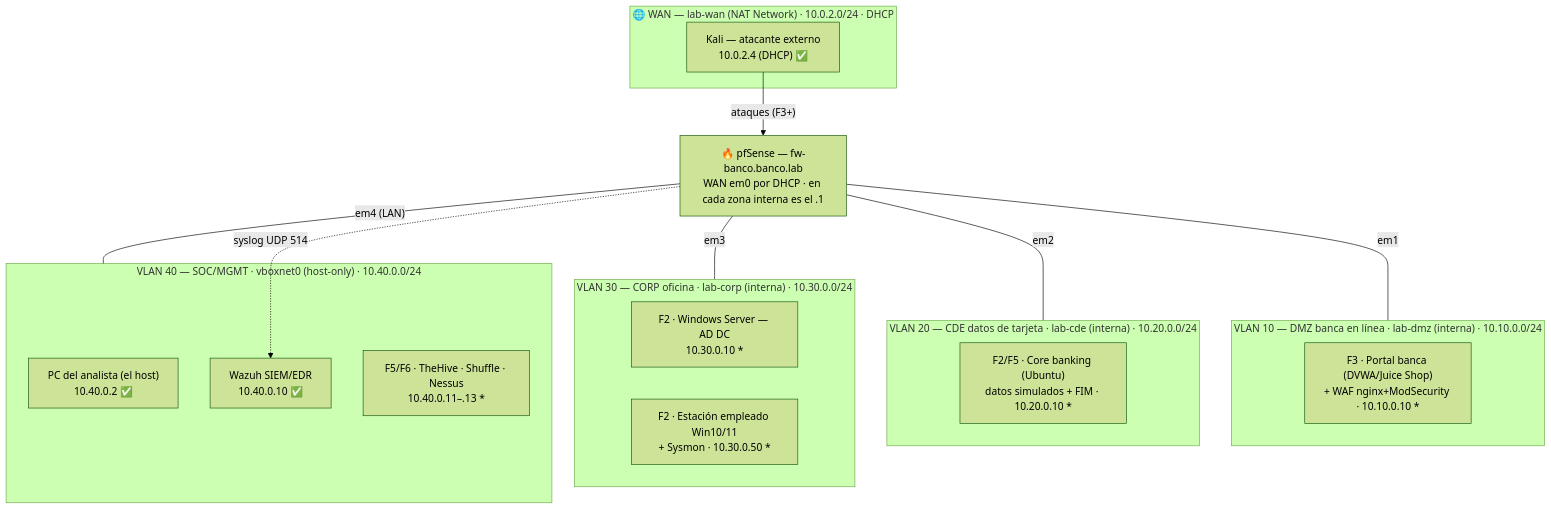
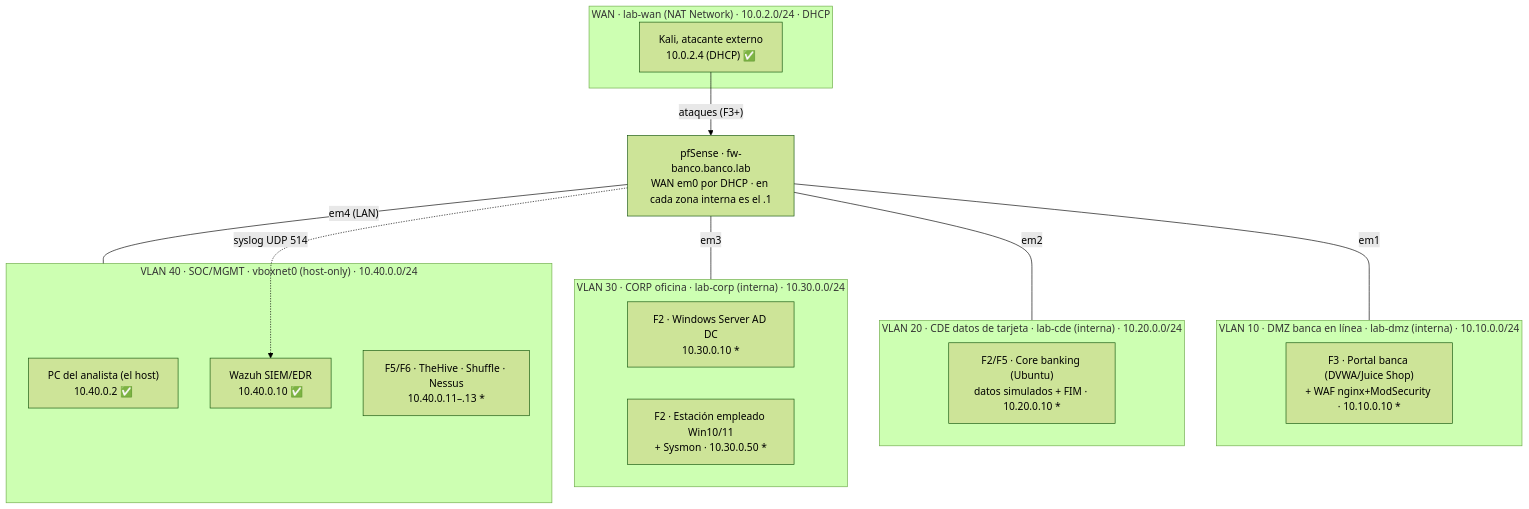
One commit to danielATD/banking-soc-lab changed the diagram in docs/00-mapa-red.md. Above: the diagram before and after it, drawn with Mermaid (forest theme). The commit also changed other lines of this file and 9 other files, not shown here.

````diff
--- a/docs/00-mapa-red.md
+++ b/docs/00-mapa-red.md
@@ -8,34 +8,34 @@
 ```mermaid
 flowchart TB
-    subgraph WAN["🌐 WAN — lab-wan (NAT Network) · 10.0.2.0/24 · DHCP"]
-        KALI["Kali — atacante externo<br/>10.0.2.4 (DHCP) ✅"]
+    subgraph WAN["WAN · lab-wan (NAT Network) · 10.0.2.0/24 · DHCP"]
+        KALI["Kali, atacante externo<br/>10.0.2.4 (DHCP) ✅"]
     end
 
-    PF["🔥 pfSense — fw-banco.banco.lab<br/>WAN em0 por DHCP · en cada zona interna es el .1"]
+    PF["pfSense · fw-banco.banco.lab<br/>WAN em0 por DHCP · en cada zona interna es el .1"]
 
-    subgraph DMZ["VLAN 10 — DMZ banca en línea · lab-dmz (interna) · 10.10.0.0/24"]
+    subgraph DMZ["VLAN 10 · DMZ banca en línea · lab-dmz (interna) · 10.10.0.0/24"]
         PORTAL["F3 · Portal banca (DVWA/Juice Shop)<br/>+ WAF nginx+ModSecurity · 10.10.0.10 *"]
     end
 
-    subgraph CDE["VLAN 20 — CDE datos de tarjeta · lab-cde (interna) · 10.20.0.0/24"]
+    subgraph CDE["VLAN 20 · CDE datos de tarjeta · lab-cde (interna) · 10.20.0.0/24"]
         CORE["F2/F5 · Core banking (Ubuntu)<br/>datos simulados + FIM · 10.20.0.10 *"]
     end
 
-    subgraph CORP["VLAN 30 — CORP oficina · lab-corp (interna) · 10.30.0.0/24"]
-        DC["F2 · Windows Server — AD DC<br/>10.30.0.10 *"]
+    subgraph CORP["VLAN 30 · CORP oficina · lab-corp (interna) · 10.30.0.0/24"]
+        DC["F2 · Windows Server AD DC<br/>10.30.0.10 *"]
         WS["F2 · Estación empleado Win10/11<br/>+ Sysmon · 10.30.0.50 *"]
     end
 
-    subgraph SOC["VLAN 40 — SOC/MGMT · vboxnet0 (host-only) · 10.40.0.0/24"]
+    subgraph SOC["VLAN 40 · SOC/MGMT · vboxnet0 (host-only) · 10.40.0.0/24"]
         PC["PC del analista (el host)<br/>10.40.0.2 ✅"]
         WZ["Wazuh SIEM/EDR<br/>10.40.0.10 ✅"]
         SOAR["F5/F6 · TheHive · Shuffle · Nessus<br/>10.40.0.11–.13 *"]
     end
 
     KALI -->|"ataques (F3+)"| PF
     PF ---|em1| DMZ
     PF ---|em2| CDE
     PF ---|em3| CORP
     PF ---|"em4 (LAN)"| SOC
     PF -.->|"syslog UDP 514"| WZ
 ```
````
